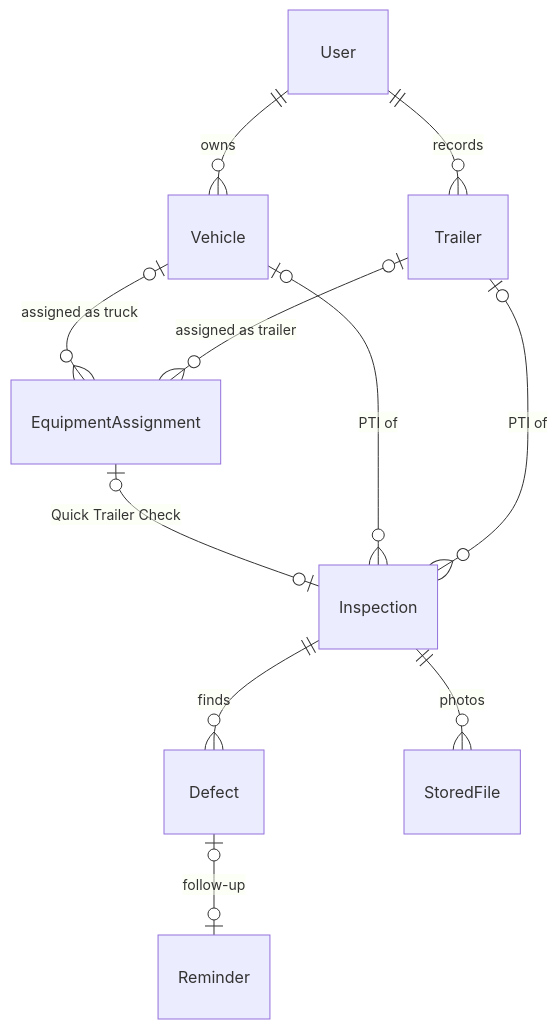
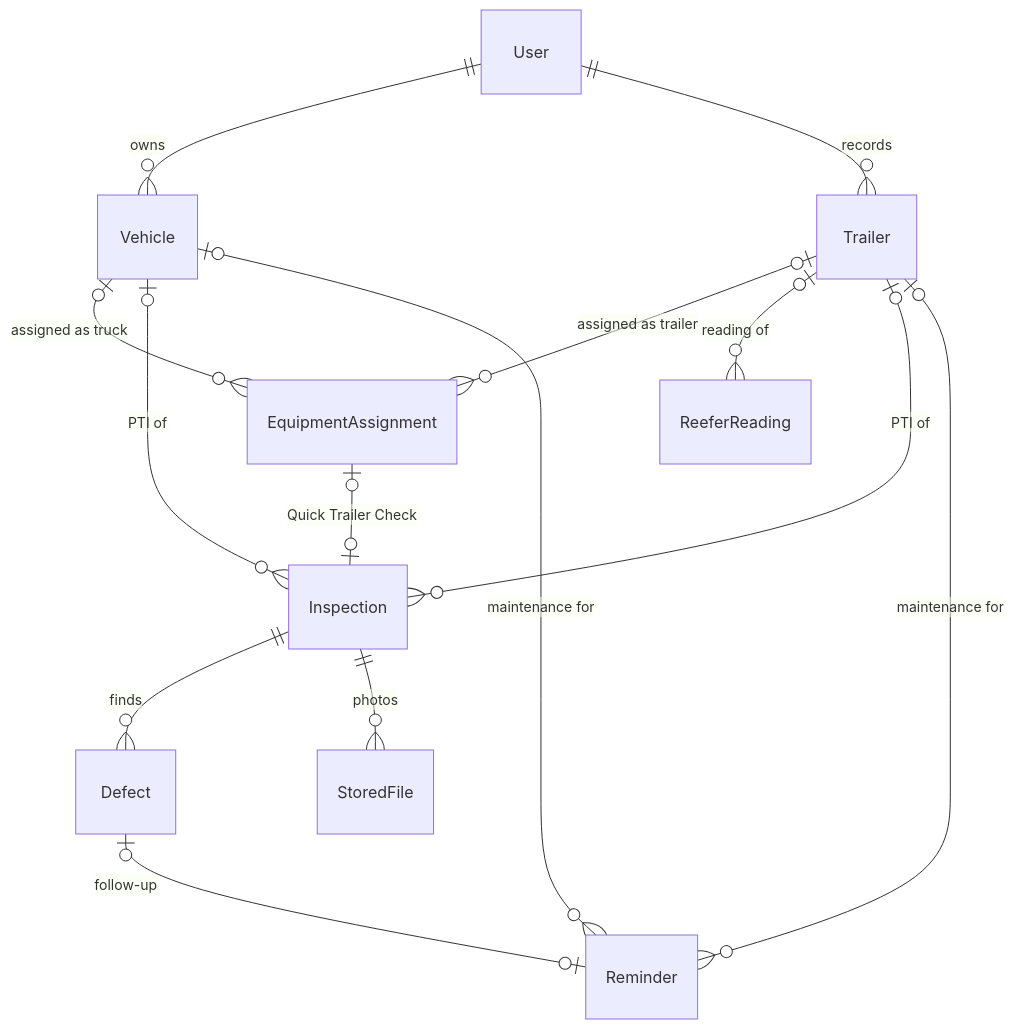
One commit to kaluush/Truckmate changed the second of 4 diagrams in specs/data-model/DATA_MODEL.md. Above: the diagram before and after it, drawn with Mermaid. The commit also changed other lines of this file and 9 other files, not shown here.

````diff
--- a/specs/data-model/DATA_MODEL.md
+++ b/specs/data-model/DATA_MODEL.md
@@ -114,13 +118,16 @@
 ```mermaid
 erDiagram
     User ||--o{ Vehicle : owns
     User ||--o{ Trailer : records
     Vehicle |o--o{ EquipmentAssignment : "assigned as truck"
     Trailer |o--o{ EquipmentAssignment : "assigned as trailer"
     EquipmentAssignment |o--o| Inspection : "Quick Trailer Check"
+    Trailer |o--o{ ReeferReading : "reading of"
     Vehicle |o--o{ Inspection : "PTI of"
     Trailer |o--o{ Inspection : "PTI of"
     Inspection ||--o{ Defect : finds
     Inspection ||--o{ StoredFile : photos
     Defect |o--o| Reminder : "follow-up"
+    Vehicle |o--o{ Reminder : "maintenance for"
+    Trailer |o--o{ Reminder : "maintenance for"
 ```
````
